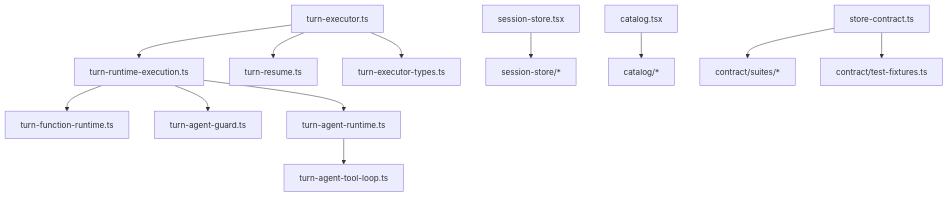
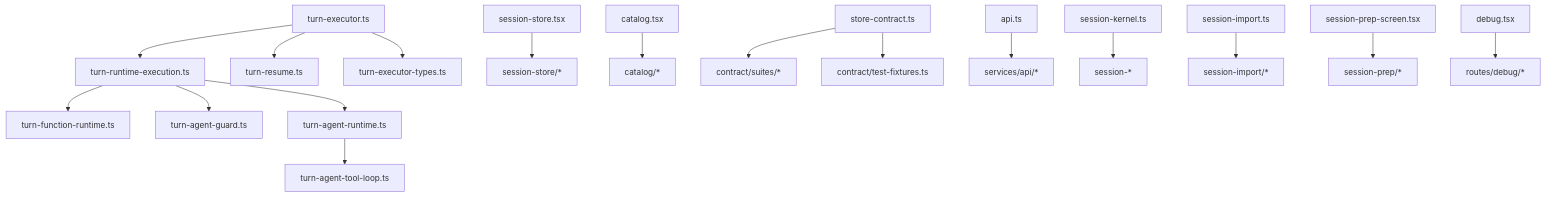
Before and after one commit to ackness/covel: the diagram in docs/refactor/2026-05-09_13-05_long-file-restructure.md, drawn with Mermaid. The commit also changed other lines of this file and 21 other files, not shown here.

Commit message:
split web session prep and debug views

````diff
--- a/docs/refactor/2026-05-09_13-05_long-file-restructure.md
+++ b/docs/refactor/2026-05-09_13-05_long-file-restructure.md
@@ -137,15 +160,20 @@
 ```mermaid
 flowchart TD
   TurnExecutor["turn-executor.ts"] --> RuntimeExecution["turn-runtime-execution.ts"]
   RuntimeExecution --> FunctionRuntime["turn-function-runtime.ts"]
   RuntimeExecution --> AgentGuard["turn-agent-guard.ts"]
   RuntimeExecution --> AgentRuntime["turn-agent-runtime.ts"]
   AgentRuntime --> AgentToolLoop["turn-agent-tool-loop.ts"]
   TurnExecutor --> TurnResume["turn-resume.ts"]
   TurnExecutor --> TurnTypes["turn-executor-types.ts"]
 
   SessionStore["session-store.tsx"] --> SessionModules["session-store/*"]
   Catalog["catalog.tsx"] --> CatalogModules["catalog/*"]
   StoreContract["store-contract.ts"] --> StoreSuites["contract/suites/*"]
   StoreContract --> StoreFixtures["contract/test-fixtures.ts"]
+  Api["api.ts"] --> ApiModules["services/api/*"]
+  SessionKernel["session-kernel.ts"] --> KernelModules["session-*"]
+  SessionImport["session-import.ts"] --> ImportModules["session-import/*"]
+  SessionPrep["session-prep-screen.tsx"] --> SessionPrepModules["session-prep/*"]
+  DebugRoute["debug.tsx"] --> DebugModules["routes/debug/*"]
 ```
````
